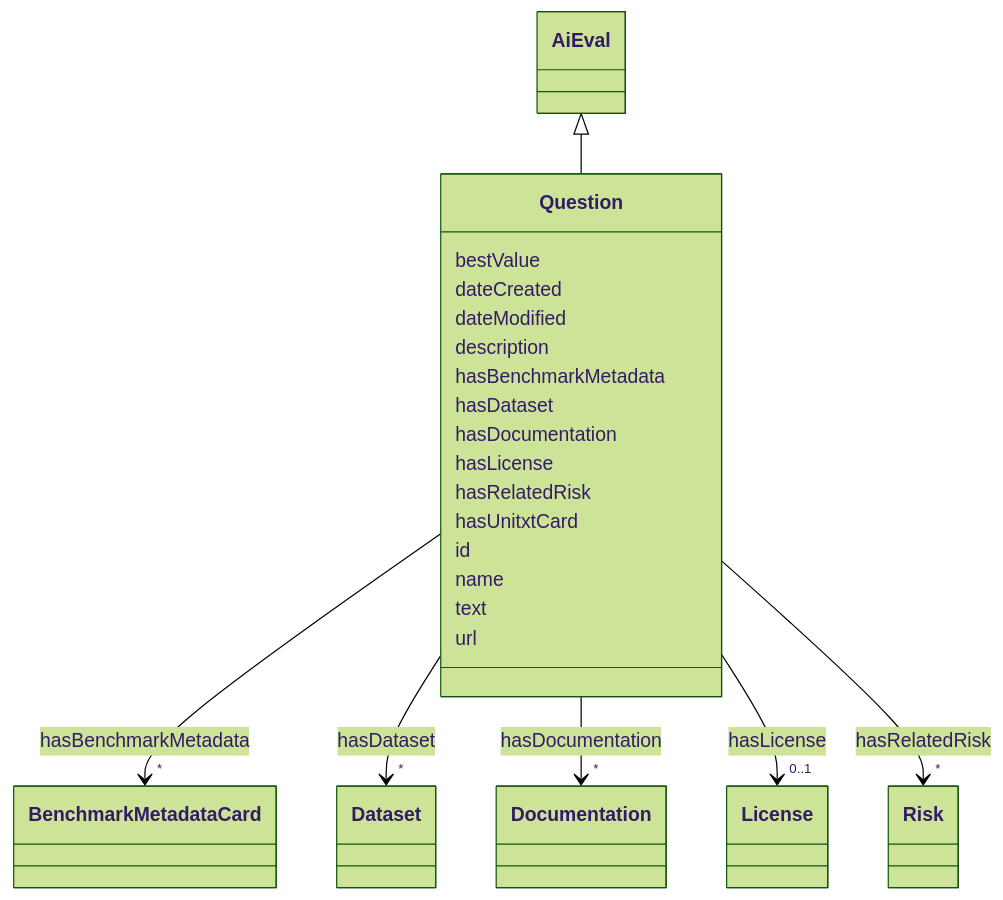
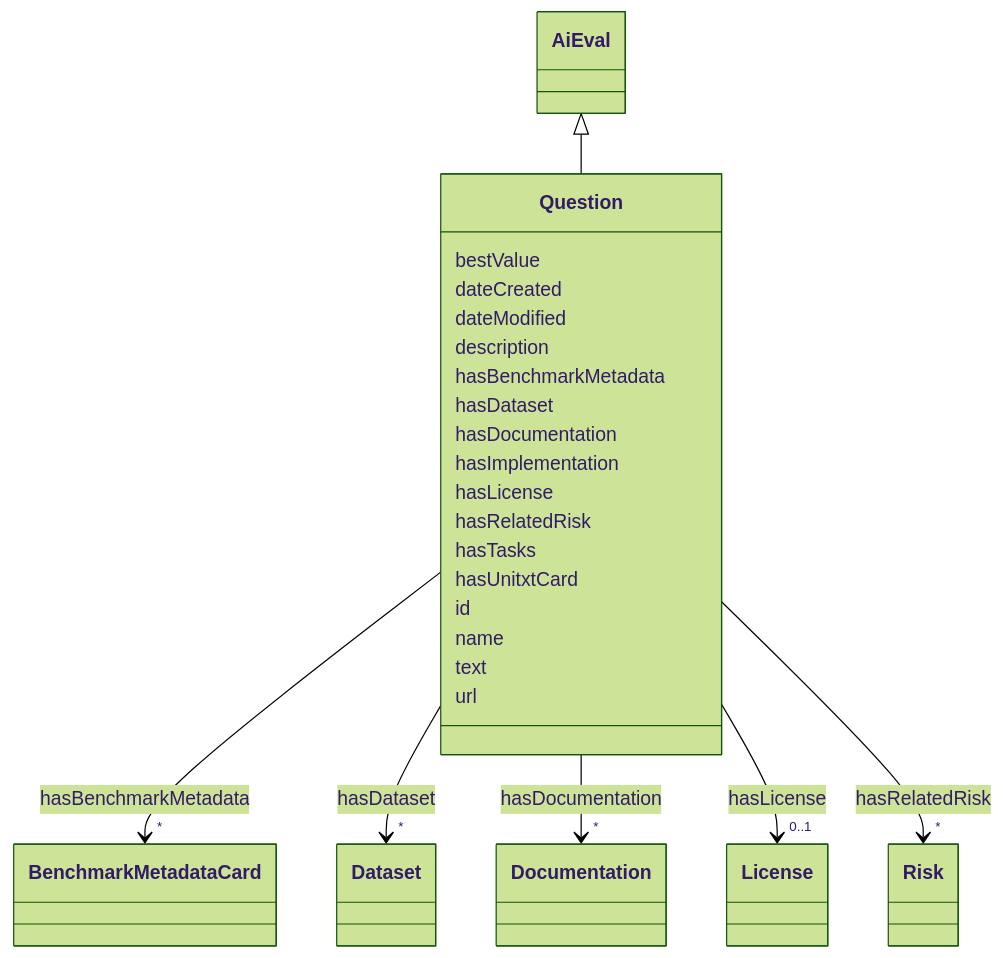
Before and after one commit to ingelise/risk-atlas-nexus: the diagram in docs/ontology/Question.md, drawn with Mermaid (forest theme). The commit also changed other lines of this file and 57 other files, not shown here.

````diff
--- a/docs/ontology/Question.md
+++ b/docs/ontology/Question.md
@@ -19,72 +19,76 @@
 ```mermaid
  classDiagram
     class Question
     click Question href "../Question"
       AiEval <|-- Question
         click AiEval href "../AiEval"
       
       Question : bestValue
         
       Question : dateCreated
         
       Question : dateModified
         
       Question : description
         
       Question : hasBenchmarkMetadata
         
           
     
     
     Question --> "*" BenchmarkMetadataCard : hasBenchmarkMetadata
     click BenchmarkMetadataCard href "../BenchmarkMetadataCard"
 
         
       Question : hasDataset
         
           
     
     
     Question --> "*" Dataset : hasDataset
     click Dataset href "../Dataset"
 
         
       Question : hasDocumentation
         
           
     
     
     Question --> "*" Documentation : hasDocumentation
     click Documentation href "../Documentation"
 
         
+      Question : hasImplementation
+        
       Question : hasLicense
         
           
     
     
     Question --> "0..1" License : hasLicense
     click License href "../License"
 
         
       Question : hasRelatedRisk
         
           
     
     
     Question --> "*" Risk : hasRelatedRisk
     click Risk href "../Risk"
 
         
+      Question : hasTasks
+        
       Question : hasUnitxtCard
         
       Question : id
         
       Question : name
         
       Question : text
         
       Question : url
         
       
 ```
````
